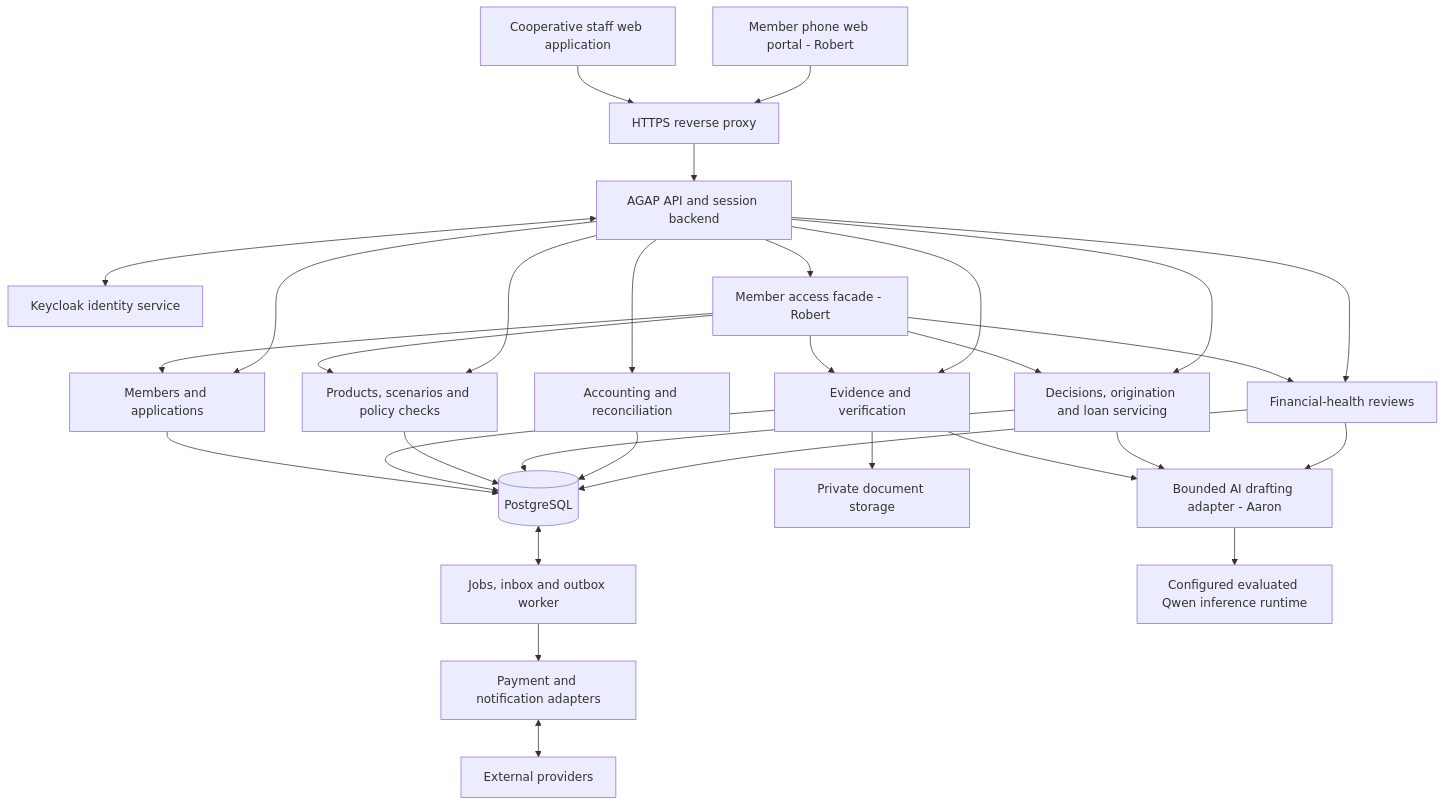
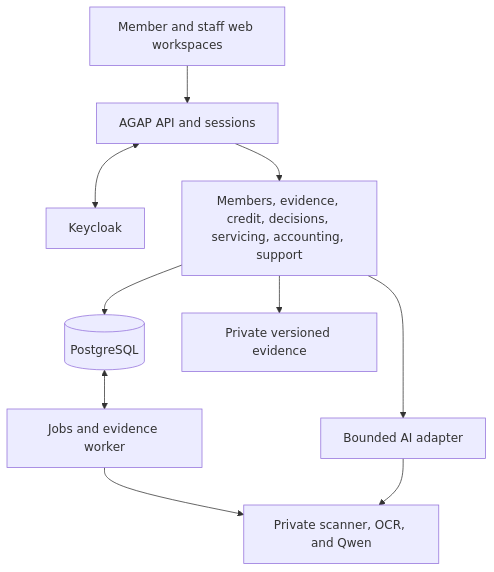
The diagram in docs/AGAP_Production_Architecture.md (Aracena18/AGAP), drawn with Mermaid before and after one commit. The commit also changed other lines of this file and 120 other files, not shown here.

````diff
--- a/docs/AGAP_Production_Architecture.md
+++ b/docs/AGAP_Production_Architecture.md
@@ -51,33 +19,12 @@
 ```mermaid
 flowchart TB
-  Staff[Cooperative staff web application] --> Edge[HTTPS reverse proxy]
-  Phone[Member phone web portal - Robert] --> Edge
-  Edge --> API[AGAP API and session backend]
-  API <--> IdP[Keycloak identity service]
-  API --> Portal[Member access facade - Robert]
-  Portal --> Members
-  Portal --> Evidence
-  Portal --> Credit
-  Portal --> Loans
-  Portal --> Health
-  API --> Members[Members and applications]
-  API --> Evidence[Evidence and verification]
-  API --> Credit[Products, scenarios and policy checks]
-  API --> Loans[Decisions, origination and loan servicing]
-  API --> Accounting[Accounting and reconciliation]
-  API --> Health[Financial-health reviews]
-  Members --> DB[(PostgreSQL)]
-  Evidence --> DB
-  Credit --> DB
-  Loans --> DB
-  Accounting --> DB
-  Health --> DB
-  Evidence --> Files[Private document storage]
-  Evidence --> AI[Bounded AI drafting adapter - Aaron]
-  Loans --> AI
-  Health --> AI
-  DB <--> Worker[Jobs, inbox and outbox worker]
-  Worker --> Adapters[Payment and notification adapters]
-  Adapters <--> External[External providers]
-  AI --> AIProvider[Configured evaluated Qwen inference runtime]
+  Web[Member and staff web workspaces] --> API[AGAP API and sessions]
+  API <--> Identity[Keycloak]
+  API --> Domains[Members, evidence, credit, decisions, servicing, accounting, support]
+  Domains --> DB[(PostgreSQL)]
+  Domains --> Files[Private versioned evidence]
+  DB <--> Worker[Jobs and evidence worker]
+  Worker --> Processing[Private scanner, OCR, and Qwen]
+  Domains --> AI[Bounded AI adapter]
+  AI --> Processing
 ```
````
